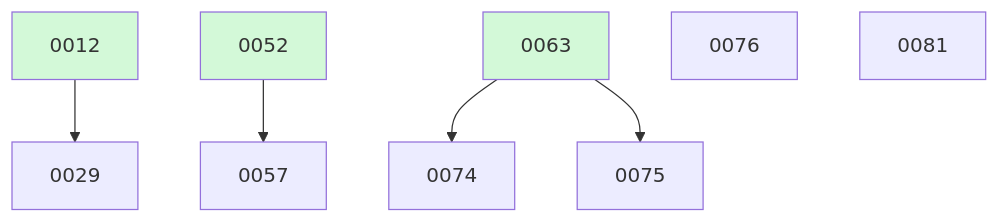
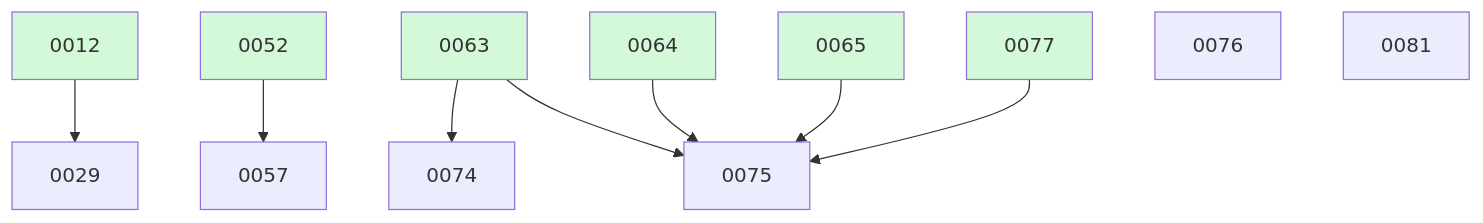
Before and after one commit to ethanhinson/fuse: the diagram in docs/changes/BOARD.md, drawn with Mermaid. The commit also changed other lines of this file, not shown here.

Commit message:
docket: board refresh

````diff
--- a/docs/changes/BOARD.md
+++ b/docs/changes/BOARD.md
@@ -26,13 +26,19 @@
 ```mermaid
 graph TD
   0012 --> 0029
   0052 --> 0057
   0063 --> 0074
   0063 --> 0075
+  0064 --> 0075
+  0065 --> 0075
+  0077 --> 0075
   0076
   0081
   0012:::done
   0052:::done
   0063:::done
+  0064:::done
+  0065:::done
+  0077:::done
   classDef done fill:#d3f9d8;
 ```
````
